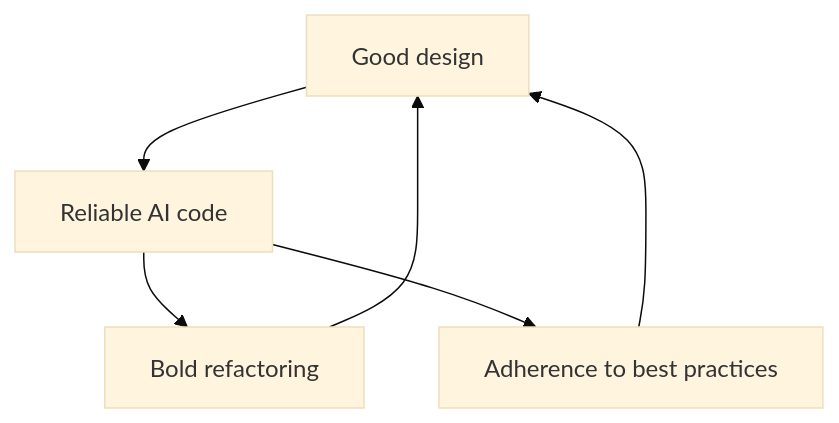
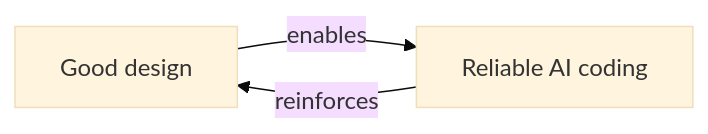
Before and after one commit to psimm/website: the diagram in blog/a-philosophy-of-ai-coding/index.qmd, drawn with Mermaid (base theme). The commit also changed other lines of this file and 11 other files, not shown here.

````diff
--- a/blog/a-philosophy-of-ai-coding/index.qmd
+++ b/blog/a-philosophy-of-ai-coding/index.qmd
@@ -48,8 +49,5 @@
 ```{mermaid}
-graph TB
-    A[Good design] --> B[Reliable AI code]
-    B --> C[Bold refactoring]
-    B --> D[Adherence to best practices]
-    C --> A
-    D --> A
+graph LR
+    A[Good design] -->|enables| B[Reliable AI coding]
+    B -->|reinforces| A
 ```
````
